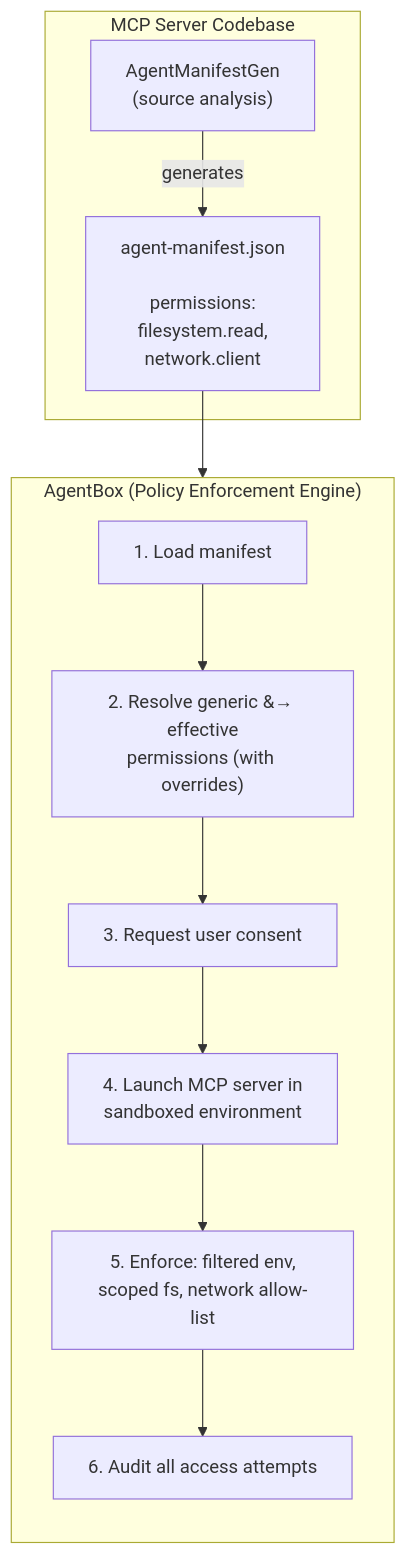
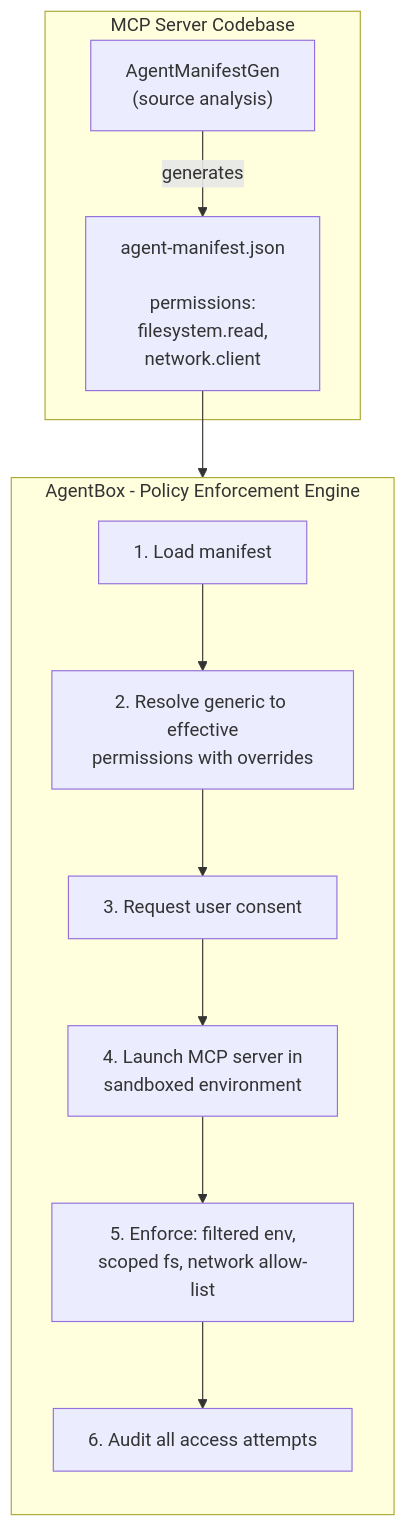
Before and after one commit to dortort/agent-bound: the diagram in README.md, drawn with Mermaid.

Commit message:
Fix remaining Mermaid rendering issues
- Replace HTML entity &#8594; with plain text "to" since Mermaid
  on GitHub does not process HTML entities in labels
- Shorten AgentBox subgraph title to prevent truncation

https://claude.ai/code/session_01NASCAhzHn3Ax3tVW7HkwaP

````diff
--- a/README.md
+++ b/README.md
@@ -23,21 +23,21 @@
 ```mermaid
 flowchart TD
     subgraph Codebase["MCP Server Codebase"]
         Gen["AgentManifestGen<br/>(source analysis)"]
         Manifest["agent-manifest.json<br/><br/>permissions:<br/>filesystem.read,<br/>network.client"]
         Gen -->|generates| Manifest
     end
 
     Manifest --> S1
 
-    subgraph Box["AgentBox (Policy Enforcement Engine)"]
+    subgraph Box["AgentBox - Policy Enforcement Engine"]
         direction TB
         S1["1. Load manifest"]
-        S2["2. Resolve generic &#8594; effective<br/>permissions (with overrides)"]
+        S2["2. Resolve generic to effective<br/>permissions with overrides"]
         S3["3. Request user consent"]
         S4["4. Launch MCP server in<br/>sandboxed environment"]
         S5["5. Enforce: filtered env,<br/>scoped fs, network allow-list"]
         S6["6. Audit all access attempts"]
         S1 --> S2 --> S3 --> S4 --> S5 --> S6
     end
 ```
````
